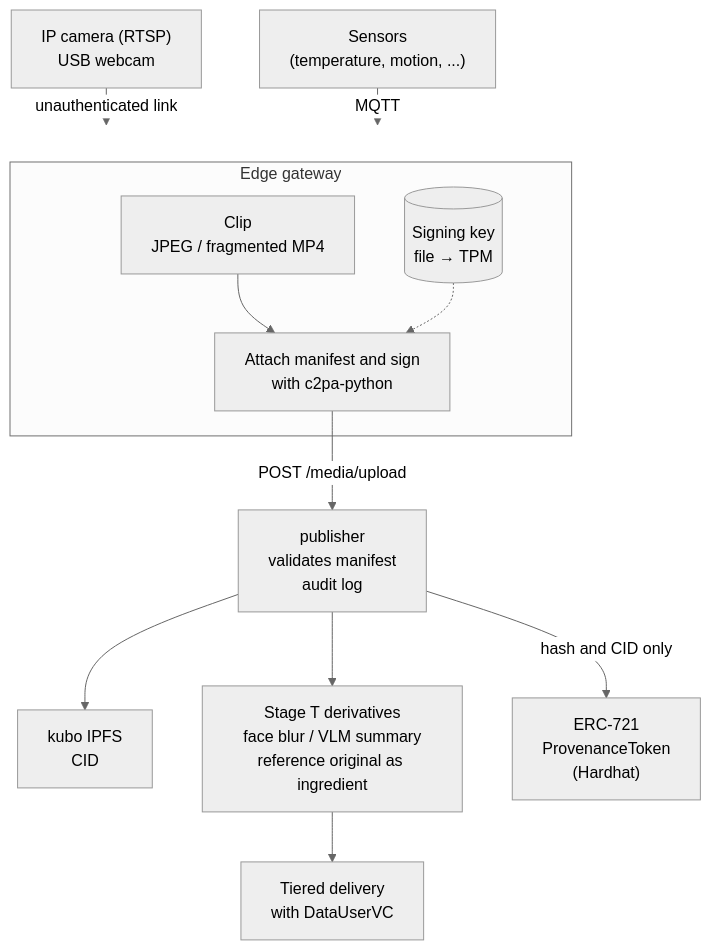
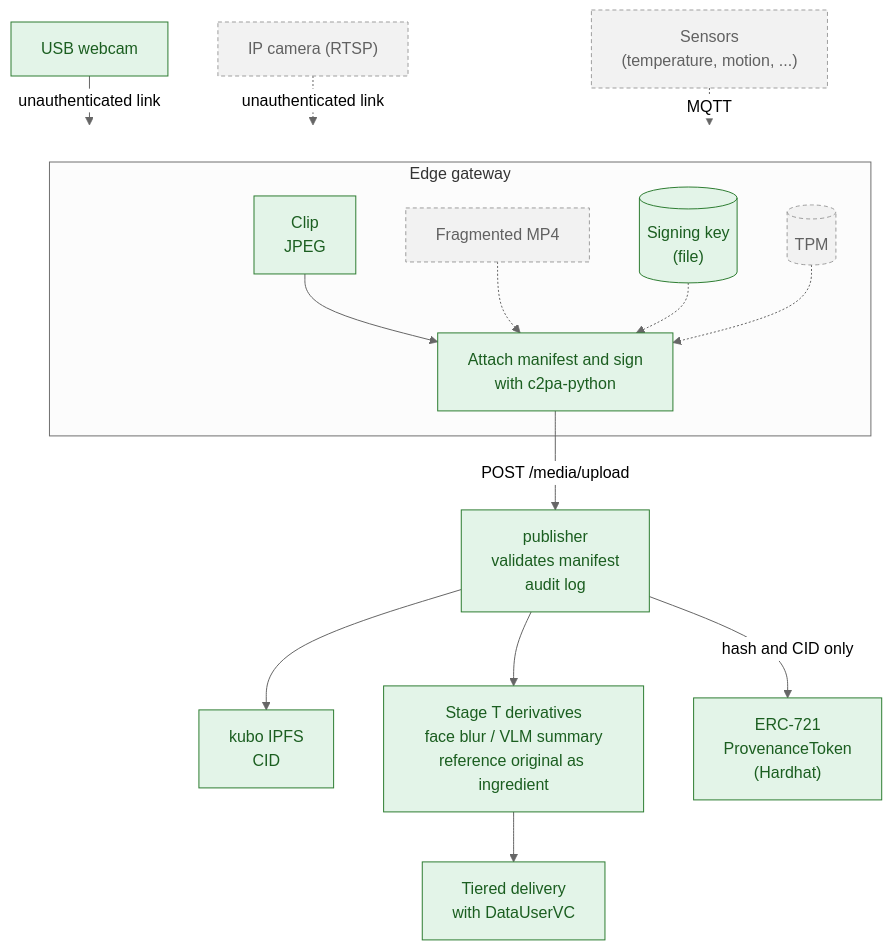
One commit to ertlnagoya/iw3ip.github.io changed the first of 3 diagrams in docs/design/c2pa-provenance-spec.en.md. Above: the diagram before and after it, drawn with Mermaid (neutral theme). The commit also changed other lines of this file and 4 other files, not shown here.

First line of the commit message:
docs: C2PA の P0 のページと設計仕様に図を加え、説明を平易にする

````diff
--- a/docs/design/c2pa-provenance-spec.en.md
+++ b/docs/design/c2pa-provenance-spec.en.md
@@ -115,14 +115,21 @@
 ```mermaid
 flowchart TB
-  CAM["IP camera (RTSP)\nUSB webcam"] -->|"unauthenticated link"| GW
-  SEN["Sensors\n(temperature, motion, ...)"] -->|"MQTT"| GW
+  CAM["USB webcam"] -->|"unauthenticated link"| GW
+  IPC["IP camera (RTSP)"] -.->|"unauthenticated link"| GW
+  SEN["Sensors<br>(temperature, motion, ...)"] -.->|"MQTT"| GW
   subgraph GW["Edge gateway"]
-    CUT["Clip\nJPEG / fragmented MP4"] --> SIGN["Attach manifest and sign\nwith c2pa-python"]
-    KEY[("Signing key\nfile → TPM")] -.-> SIGN
+    CUT["Clip<br>JPEG"] --> SIGN["Attach manifest and sign<br>with c2pa-python"]
+    MP4["Fragmented MP4"] -.-> SIGN
+    KEY[("Signing key<br>(file)")] -.-> SIGN
+    TPM[("TPM")] -.-> SIGN
   end
-  SIGN -->|"POST /media/upload"| PUB["publisher\nvalidates manifest\naudit log"]
-  PUB --> IPFS["kubo IPFS\nCID"]
-  PUB --> DER["Stage T derivatives\nface blur / VLM summary\nreference original as ingredient"]
-  PUB -->|"hash and CID only"| NFT["ERC-721\nProvenanceToken\n(Hardhat)"]
-  DER --> VIEW["Tiered delivery\nwith DataUserVC"]
+  SIGN -->|"POST /media/upload"| PUB["publisher<br>validates manifest<br>audit log"]
+  PUB --> IPFS["kubo IPFS<br>CID"]
+  PUB --> DER["Stage T derivatives<br>face blur / VLM summary<br>reference original as ingredient"]
+  PUB -->|"hash and CID only"| NFT["ERC-721<br>ProvenanceToken<br>(Hardhat)"]
+  DER --> VIEW["Tiered delivery<br>with DataUserVC"]
+  classDef done fill:#e3f4e8,stroke:#2e7d32,color:#1b5e20
+  classDef todo fill:#f2f2f2,stroke:#9e9e9e,stroke-dasharray:4 3,color:#616161
+  class CAM,CUT,SIGN,KEY,PUB,IPFS,DER,NFT,VIEW done
+  class IPC,SEN,MP4,TPM todo
 ```
````
